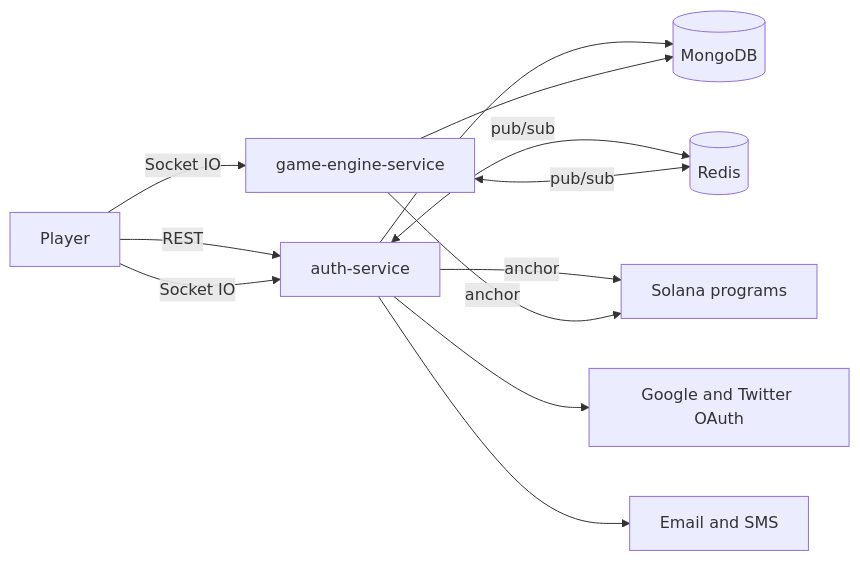
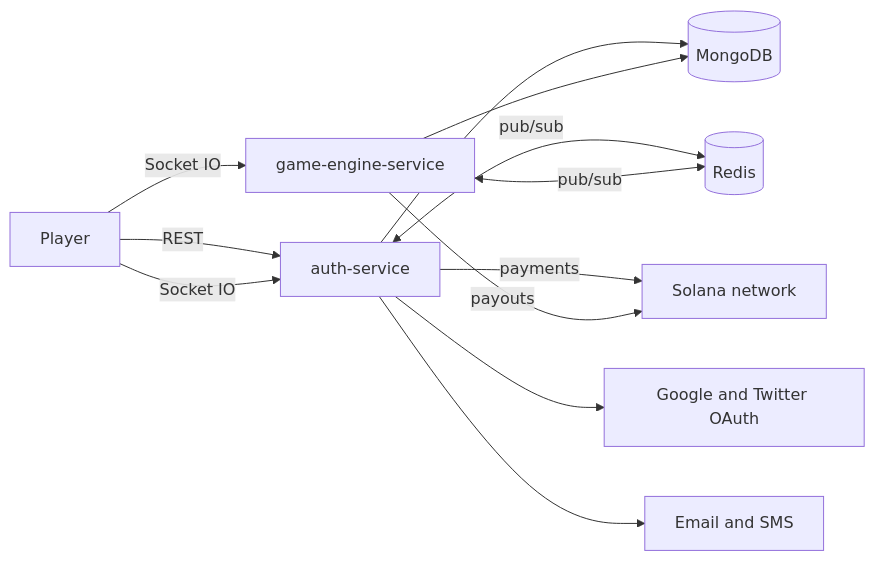
One commit to immanoj22/betting-platform-backend changed the diagram in README.md. Above: the diagram before and after it, drawn with Mermaid. The commit also changed other lines of this file, not shown here.

````diff
--- a/README.md
+++ b/README.md
@@ -14,14 +14,14 @@
 ```mermaid
 flowchart LR
     P["Player"] -->|"REST"| A["auth-service"]
     P -->|"Socket IO"| G["game-engine-service"]
     P -->|"Socket IO"| A
     A --> DB[("MongoDB")]
     G --> DB
     A <-->|"pub/sub"| R[("Redis")]
     G <-->|"pub/sub"| R
-    A -->|"anchor"| SOL["Solana programs"]
-    G -->|"anchor"| SOL
+    A -->|"payments"| SOL["Solana network"]
+    G -->|"payouts"| SOL
     A --> OA["Google and Twitter OAuth"]
     A --> ML["Email and SMS"]
 ```
````
